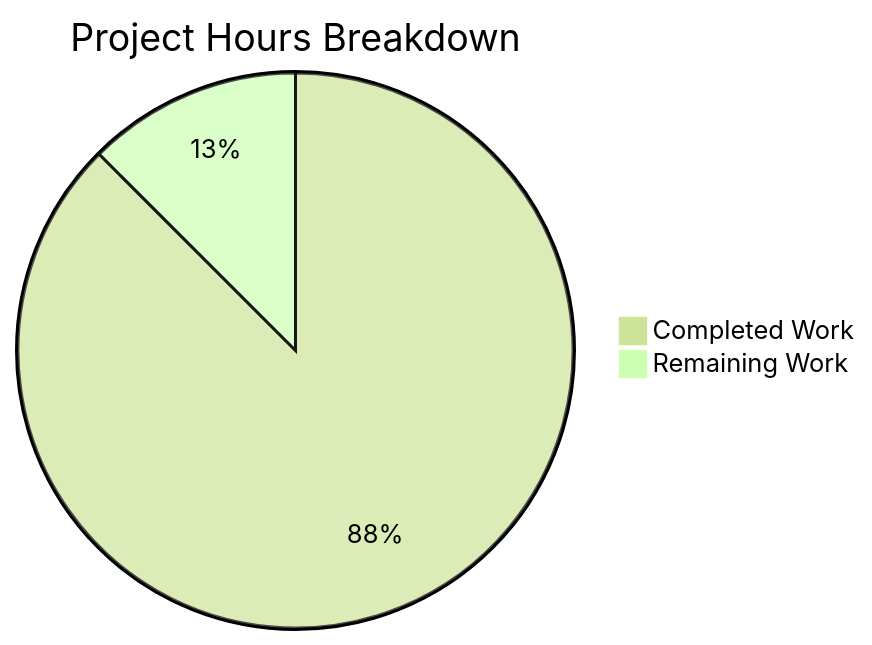
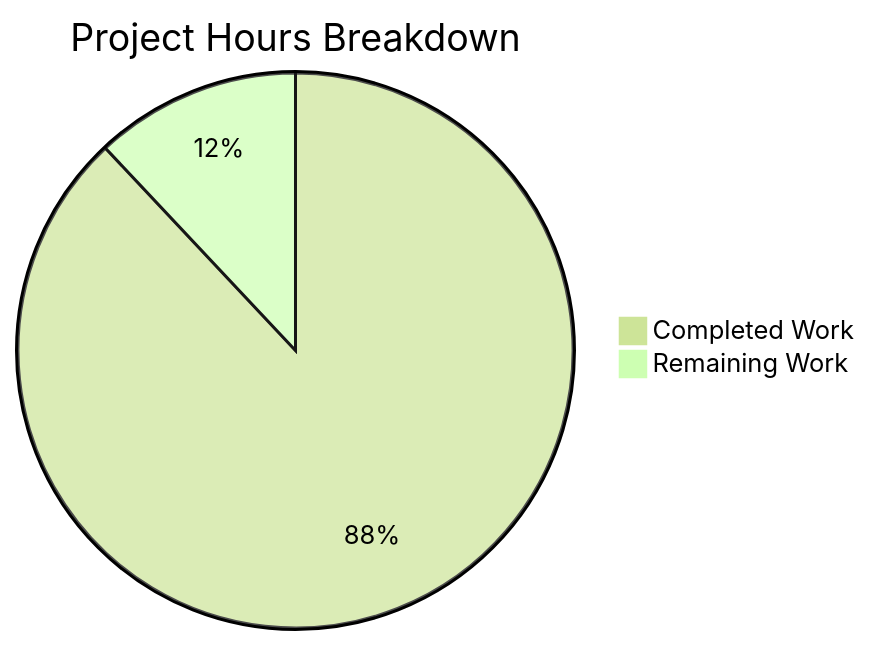
Before and after one commit to hardik-blitzy/react-weather-app: the diagram in blitzy/documentation/Project Guide.md, drawn with Mermaid (forest theme). The commit also changed other lines of this file, not shown here.

Commit message:
Adding Blitzy Project Guide: Project Status and Human Tasks Remaining

````diff
--- a/blitzy/documentation/Project Guide.md
+++ b/blitzy/documentation/Project Guide.md
@@ -86,5 +27,5 @@
 ```mermaid
 pie title Project Hours Breakdown
-    "Completed Work" : 14
-    "Remaining Work" : 2
+    "Completed Work" : 22
+    "Remaining Work" : 3
 ```
````
